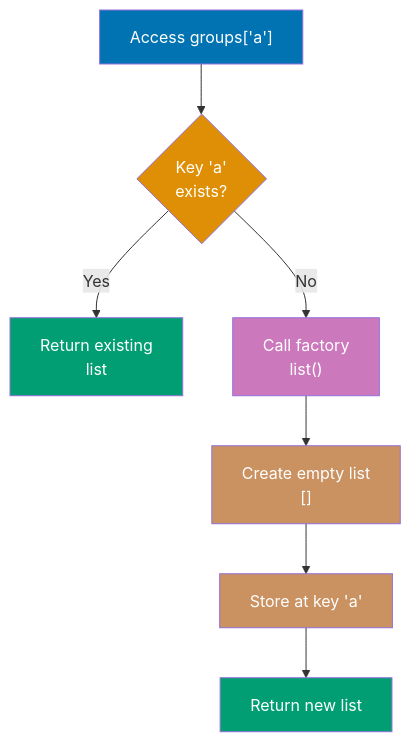
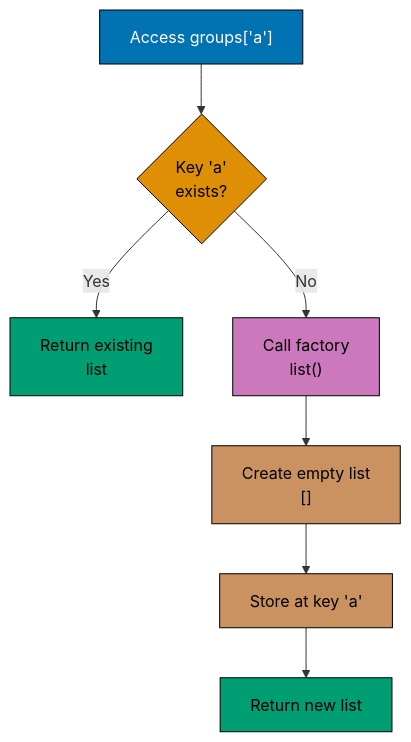
Before and after one commit to wahidyankf/ose-public: the sixth of 10 diagrams in apps/ayokoding-www/content/en/learn/legacy/software-engineering/programming-languages/python/by-example/intermediate.md, drawn with Mermaid. The commit also changed other lines of this file and 112 other files, not shown here.

First line of the commit message:
fix(mermaid): bring the legacy programming-languages diagrams onto the accessible palette

````diff
--- a/apps/ayokoding-www/content/en/learn/legacy/software-engineering/programming-languages/python/by-example/intermediate.md
+++ b/apps/ayokoding-www/content/en/learn/legacy/software-engineering/programming-languages/python/by-example/intermediate.md
@@ -719,18 +746,26 @@
 ```mermaid
 %% defaultdict key access with factory
 graph TD
+    accTitle: Example 42: Collections - defaultdict
+    accDescr: Graph with 7 nodes and 6 connections. Nodes: Access groups[a], Key a exists?, Return existing list, Call factory list(), Create empty list [], Store at key a, Return new list. Connections: Access groups[a] to Key a exists?, Key a exists? to Return existing list (Yes), Key a exists? to Call factory list() (No), Call factory list() to Create empty list [], Create empty list [] to Store at key a, Store at key a to Return new list.
     A["Access groups['a']"] --> B{Key 'a'<br/>exists?}
     B -->|Yes| C["Return existing<br/>list"]
     B -->|No| D["Call factory<br/>list()"]
     D --> E["Create empty list<br/>[]"]
     E --> F["Store at key 'a'"]
     F --> G["Return new list"]
 
-    style A fill:#0173B2,color:#fff
-    style B fill:#DE8F05,color:#fff
-    style C fill:#029E73,color:#fff
-    style D fill:#CC78BC,color:#fff
-    style E fill:#CA9161,color:#fff
-    style F fill:#CA9161,color:#fff
-    style G fill:#029E73,color:#fff
+    classDef pal-0173B2 fill:#0173B2,stroke:#000000,color:#FFFFFF
+    class A pal-0173B2
+    classDef pal-DE8F05 fill:#DE8F05,stroke:#000000,color:#000000
+    class B pal-DE8F05
+    classDef pal-029E73 fill:#029E73,stroke:#000000,color:#000000
+    class C pal-029E73
+    classDef pal-CC78BC fill:#CC78BC,stroke:#000000,color:#000000
+    class D pal-CC78BC
+    classDef pal-CA9161 fill:#CA9161,stroke:#000000,color:#000000
+    class E pal-CA9161
+    class F pal-CA9161
+    class G pal-029E73
+    classDef default fill:#FFFFFF,stroke:#000000,color:#000000
 ```
````
